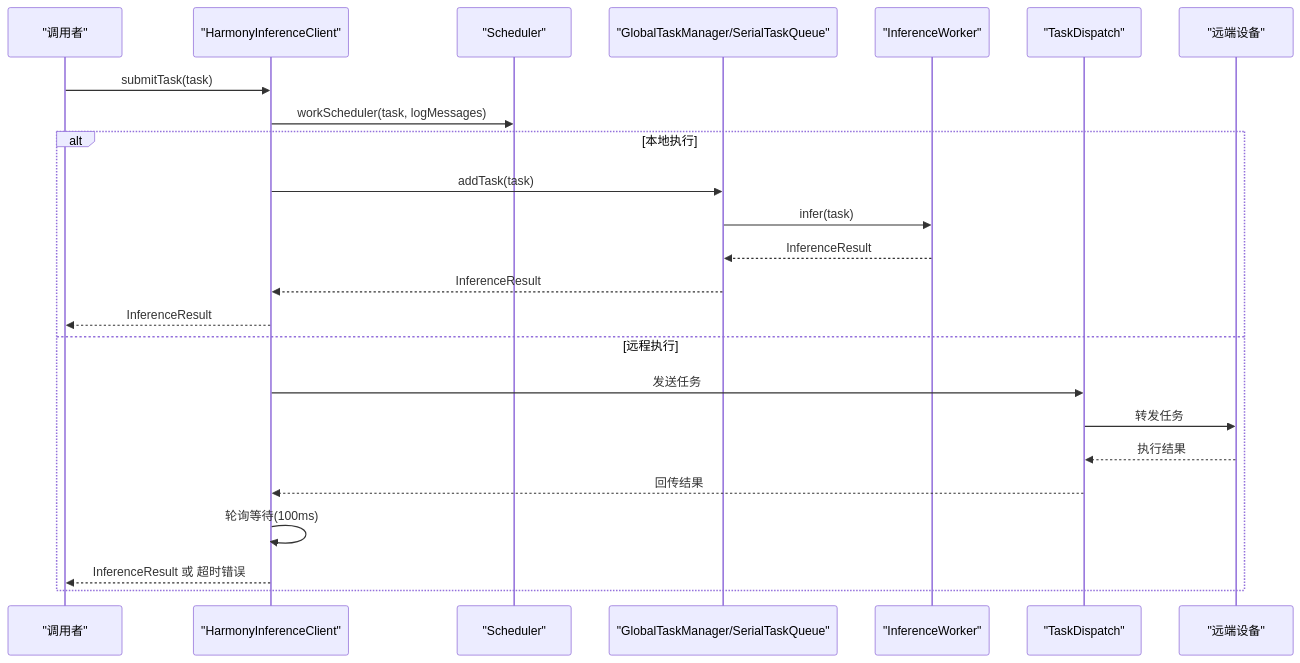
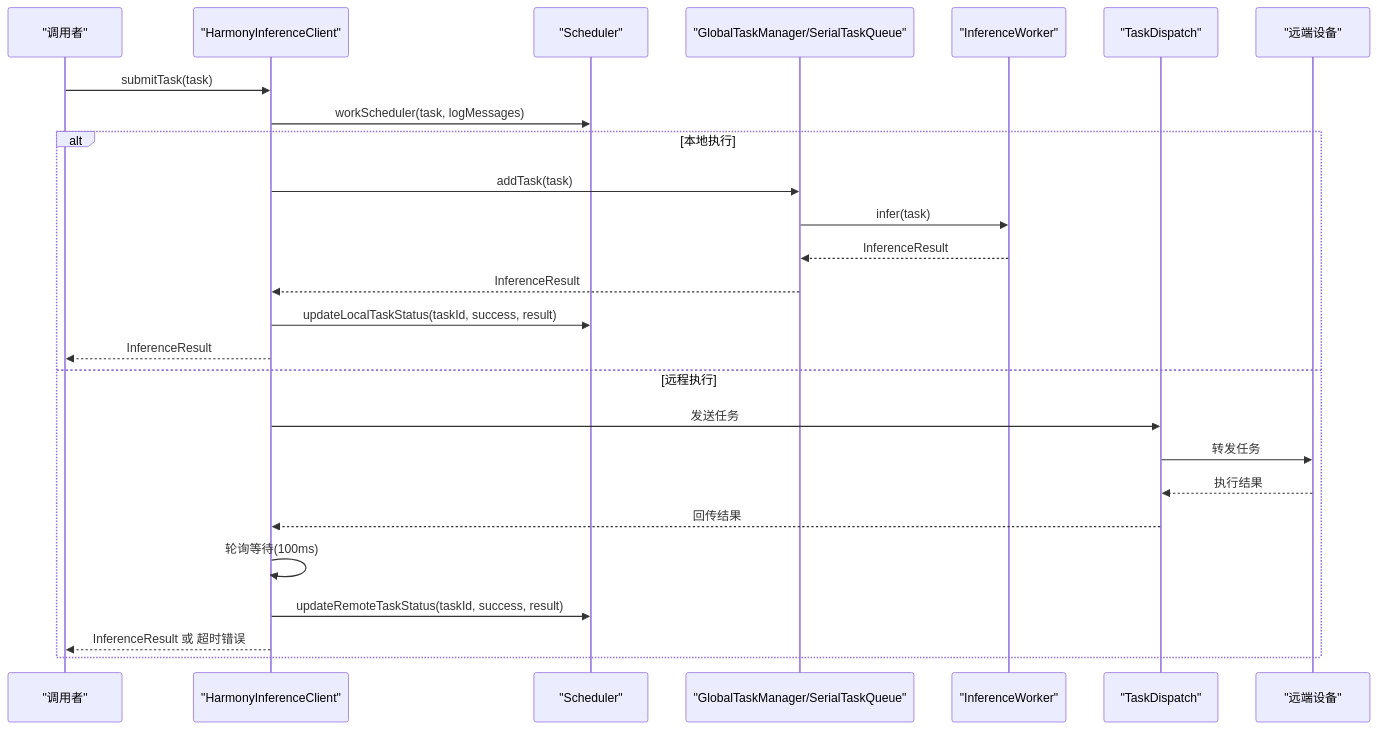
The third of 6 diagrams in .qoder/repowiki/zh/content/API 参考文档/核心 API/HarmonyInferenceClient API.md (huo65/OH-Co3), drawn with Mermaid before and after one commit. The commit also changed other lines of this file and 6 other files, not shown here.

````diff
--- a/.qoder/repowiki/zh/content/API 参考文档/核心 API/HarmonyInferenceClient API.md
+++ b/.qoder/repowiki/zh/content/API 参考文档/核心 API/HarmonyInferenceClient API.md
@@ -232,26 +271,28 @@
 ```mermaid
 sequenceDiagram
 participant Caller as "调用者"
 participant Client as "HarmonyInferenceClient"
 participant Sched as "Scheduler"
 participant Queue as "GlobalTaskManager/SerialTaskQueue"
 participant Worker as "InferenceWorker"
 participant Broker as "TaskDispatch"
 participant Remote as "远端设备"
 Caller->>Client : submitTask(task)
 Client->>Sched : workScheduler(task, logMessages)
 alt 本地执行
 Client->>Queue : addTask(task)
 Queue->>Worker : infer(task)
 Worker-->>Queue : InferenceResult
 Queue-->>Client : InferenceResult
+Client->>Sched : updateLocalTaskStatus(taskId, success, result)
 Client-->>Caller : InferenceResult
 else 远程执行
 Client->>Broker : 发送任务
 Broker->>Remote : 转发任务
 Remote-->>Broker : 执行结果
 Broker-->>Client : 回传结果
 Client->>Client : 轮询等待(100ms)
+Client->>Sched : updateRemoteTaskStatus(taskId, success, result)
 Client-->>Caller : InferenceResult 或 超时错误
 end
 ```
````
